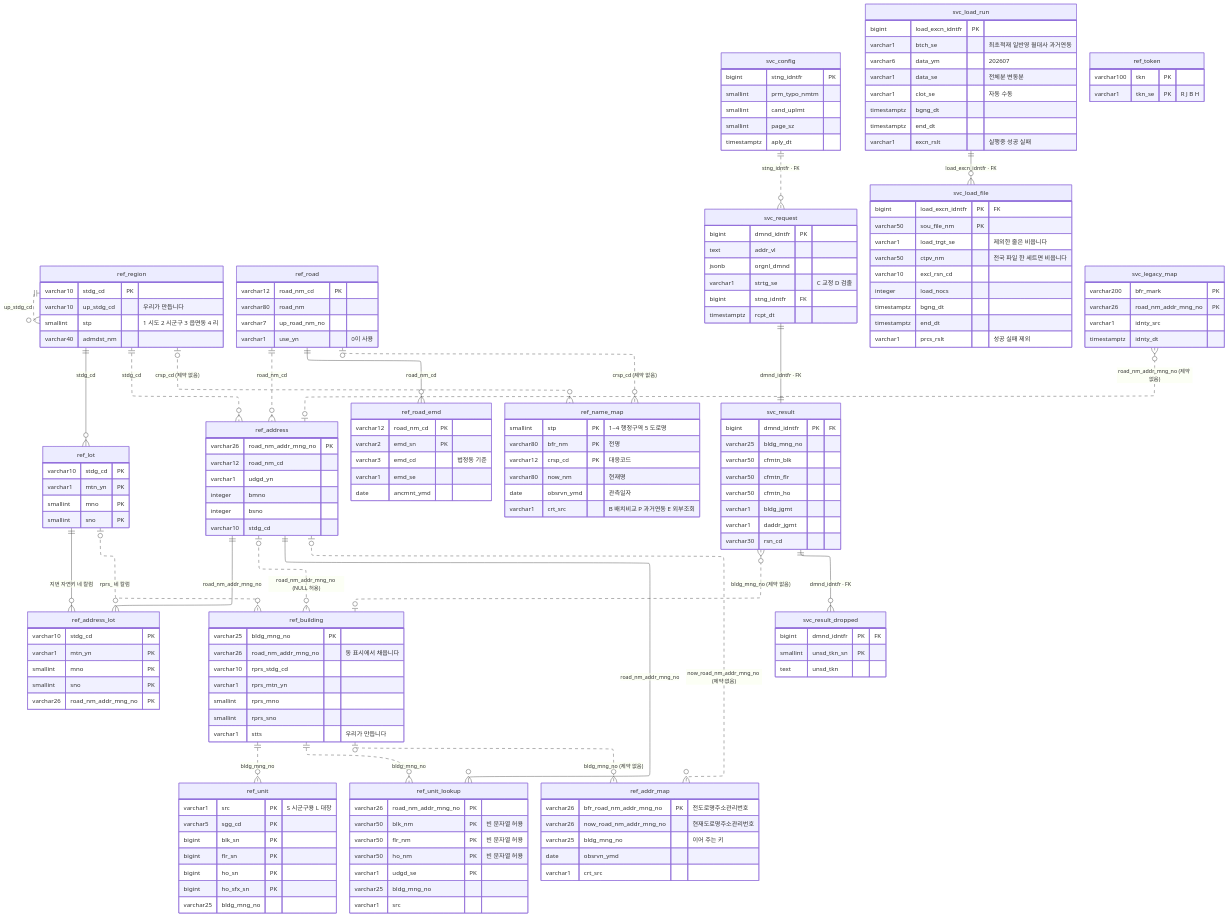
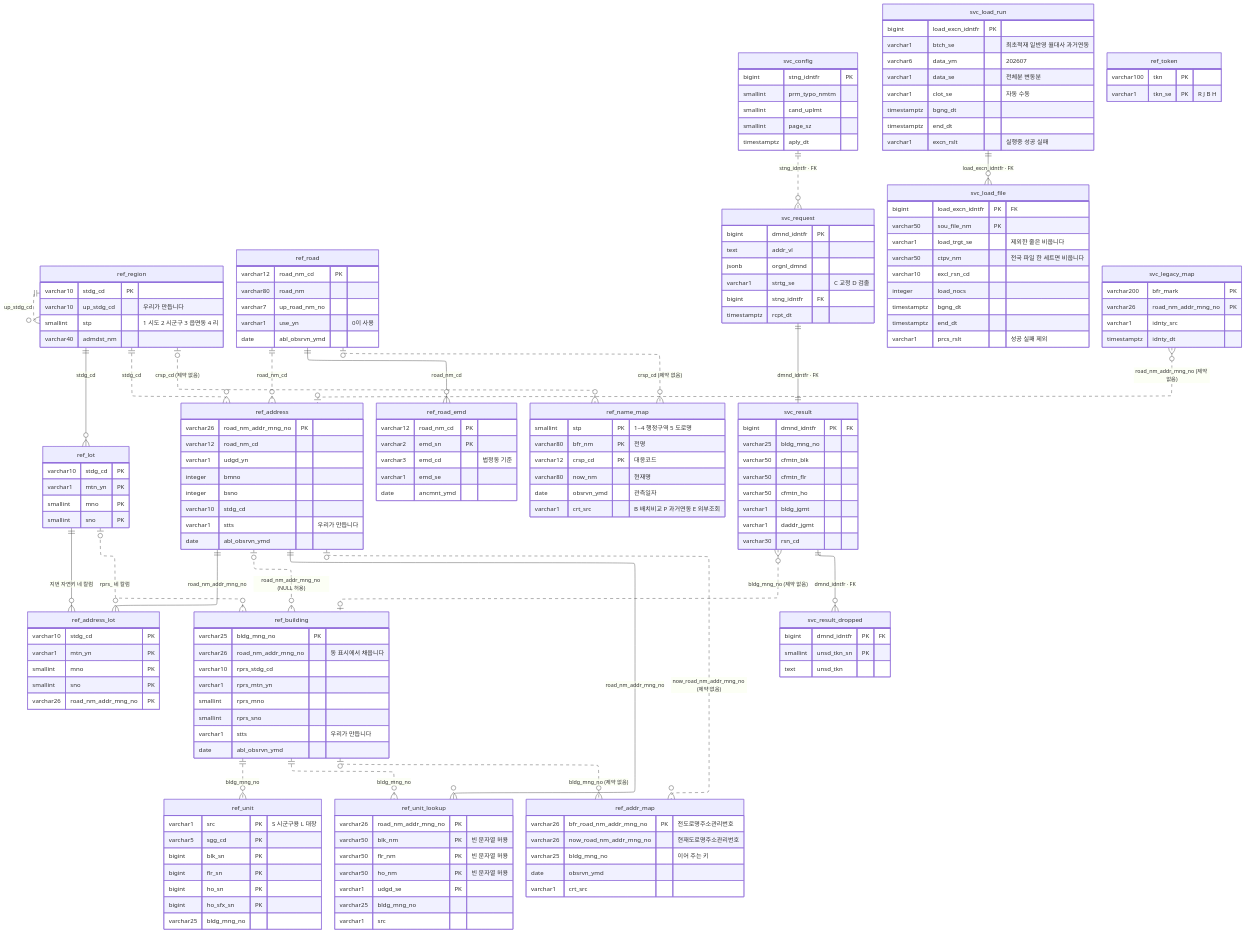
The third of 3 diagrams in design/02-data-model.md (buss-sooin/address-refine-diagnostics), drawn with Mermaid before and after one commit. The commit also changed other lines of this file and 8 other files, not shown here.

```diff
--- a/design/02-data-model.md
+++ b/design/02-data-model.md
@@ -1367,6 +1388,7 @@
         varchar80 road_nm
         varchar7  up_road_nm_no
         varchar1  use_yn "0이 사용"
+        date      abl_obsrvn_ymd
     }
     ref_road_emd {
         varchar12 road_nm_cd PK
@@ -1388,6 +1410,8 @@
         integer   bmno
         integer   bsno
         varchar10 stdg_cd
+        varchar1  stts "우리가 만듭니다"
+        date      abl_obsrvn_ymd
     }
     ref_address_lot {
         varchar10 stdg_cd PK
@@ -1404,6 +1428,7 @@
         smallint  rprs_mno
         smallint  rprs_sno
         varchar1  stts "우리가 만듭니다"
+        date      abl_obsrvn_ymd
     }
     ref_unit {
         varchar1  src PK "S 시군구용 L 대장"
```
